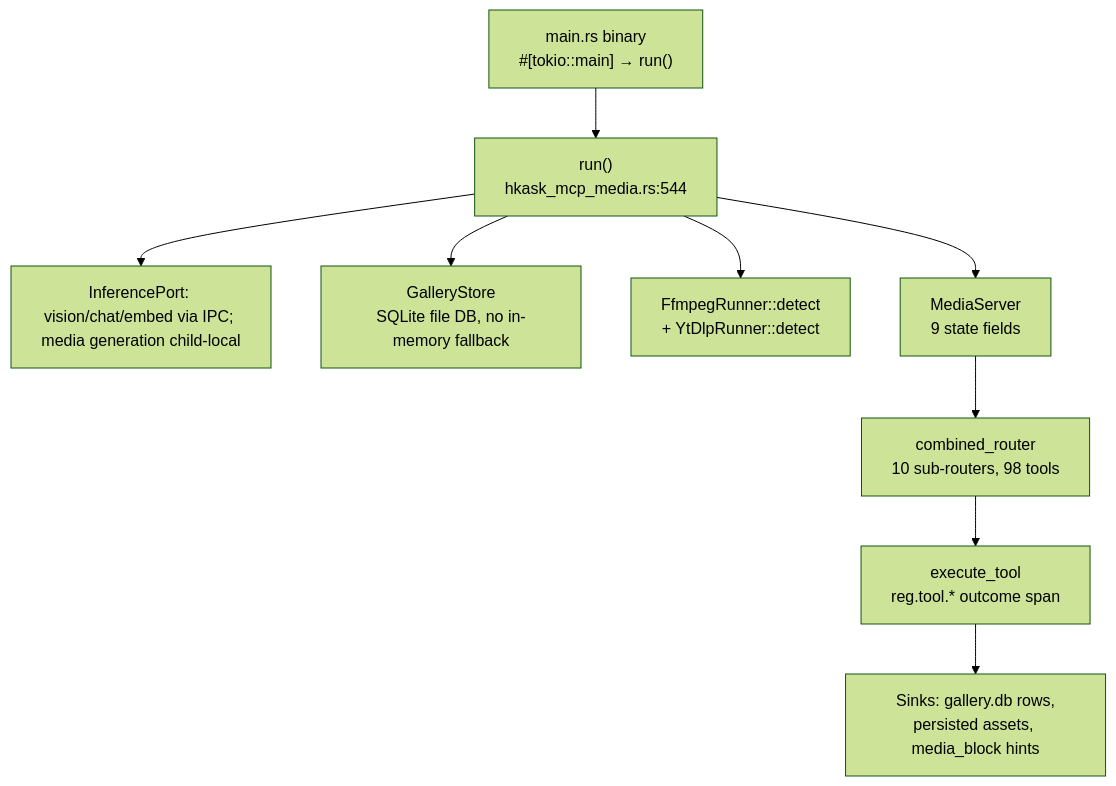
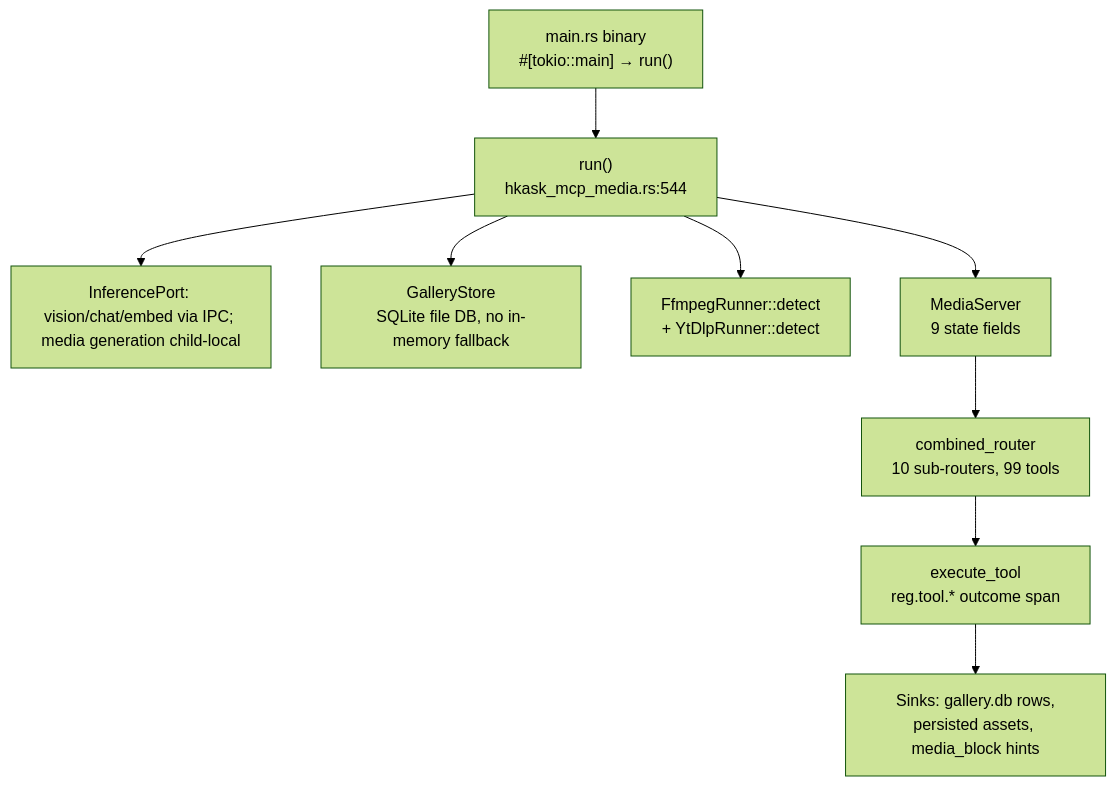
One commit to mdz-axo/zed-kask changed the diagram in kask/docs/reference/mcp-servers/media.md. Above: the diagram before and after it, drawn with Mermaid (forest theme). The commit also changed other lines of this file and 27 other files, not shown here.

````diff
--- a/kask/docs/reference/mcp-servers/media.md
+++ b/kask/docs/reference/mcp-servers/media.md
@@ -23,21 +23,21 @@
 ```mermaid
 flowchart TD
     binary["main.rs binary<br/>#[tokio::main] → run()"]
     run["run()<br/>hkask_mcp_media.rs:544"]
     port["InferencePort: vision/chat/embed via IPC; media generation child-local"]
     db["GalleryStore<br/>SQLite file DB, no in-memory fallback"]
     ffmpeg["FfmpegRunner::detect<br/>+ YtDlpRunner::detect"]
     server["MediaServer<br/>9 state fields"]
-    router["combined_router<br/>10 sub-routers, 98 tools"]
+    router["combined_router<br/>10 sub-routers, 99 tools"]
     dispatch["execute_tool<br/>reg.tool.* outcome span"]
     sinks["Sinks: gallery.db rows,<br/>persisted assets, media_block hints"]
 
     binary --> run
     run --> port
     run --> db
     run --> ffmpeg
     run --> server
     server --> router
     router --> dispatch
     dispatch --> sinks
 ```
````
